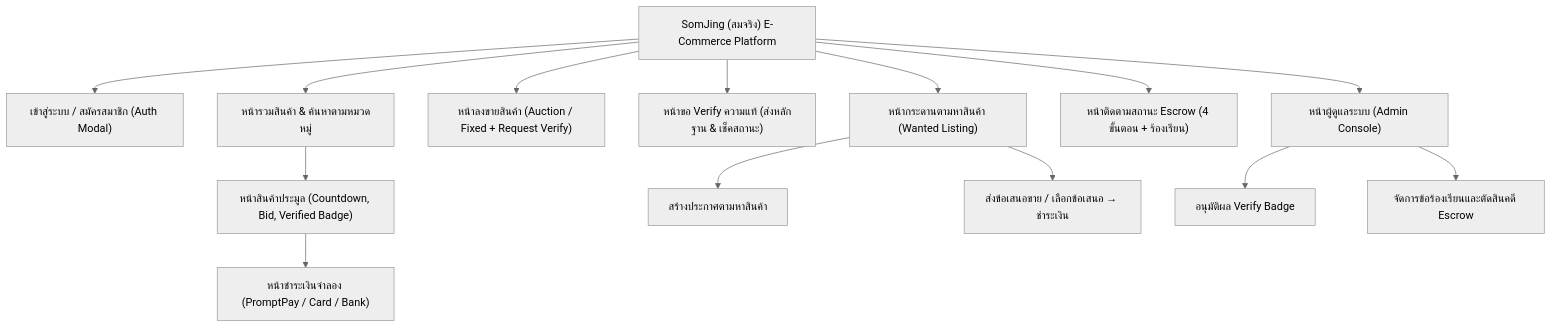
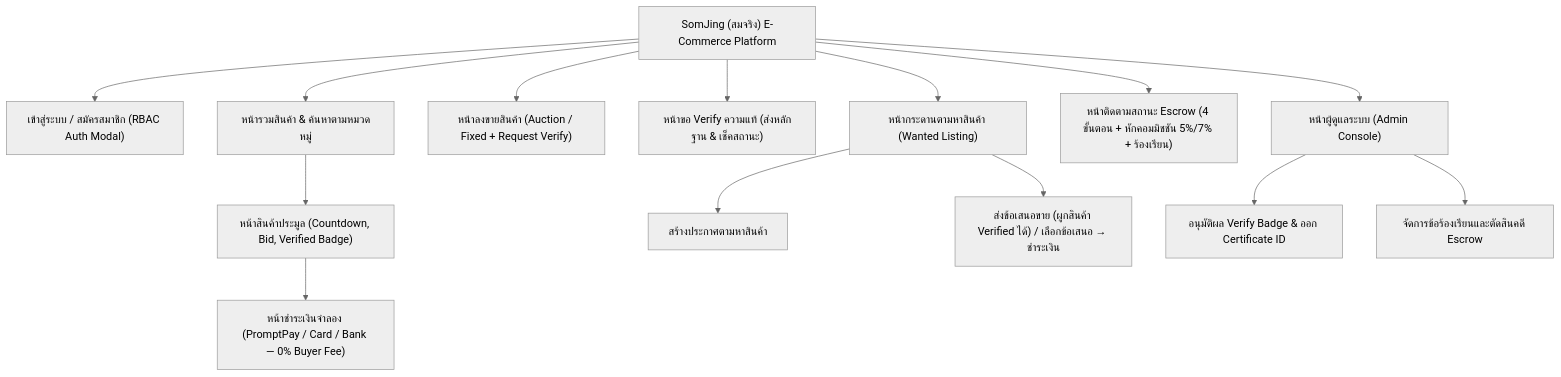
One commit to marchtanu/som-jing changed the first of 3 diagrams in CHAPTER_5_REPORT.md. Above: the diagram before and after it, drawn with Mermaid (neutral theme). The commit also changed other lines of this file and 16 other files, not shown here.

````diff
--- a/CHAPTER_5_REPORT.md
+++ b/CHAPTER_5_REPORT.md
@@ -28,17 +30,17 @@
 ```mermaid
 flowchart TD
     Root["SomJing (สมจริง) E-Commerce Platform"]
-    Root --> Auth["เข้าสู่ระบบ / สมัครสมาชิก (Auth Modal)"]
+    Root --> Auth["เข้าสู่ระบบ / สมัครสมาชิก (RBAC Auth Modal)"]
     Root --> Catalog["หน้ารวมสินค้า & ค้นหาตามหมวดหมู่"]
     Catalog --> AuctionDetail["หน้าสินค้าประมูล (Countdown, Bid, Verified Badge)"]
-    AuctionDetail --> SimPay["หน้าชำระเงินจำลอง (PromptPay / Card / Bank)"]
+    AuctionDetail --> SimPay["หน้าชำระเงินจำลอง (PromptPay / Card / Bank — 0% Buyer Fee)"]
     Root --> Sell["หน้าลงขายสินค้า (Auction / Fixed + Request Verify)"]
     Root --> Verify["หน้าขอ Verify ความแท้ (ส่งหลักฐาน & เช็คสถานะ)"]
     Root --> Wanted["หน้ากระดานตามหาสินค้า (Wanted Listing)"]
     Wanted --> WantedCreate["สร้างประกาศตามหาสินค้า"]
-    Wanted --> WantedOffer["ส่งข้อเสนอขาย / เลือกข้อเสนอ → ชำระเงิน"]
-    Root --> Escrow["หน้าติดตามสถานะ Escrow (4 ขั้นตอน + ร้องเรียน)"]
+    Wanted --> WantedOffer["ส่งข้อเสนอขาย (ผูกสินค้า Verified ได้) / เลือกข้อเสนอ → ชำระเงิน"]
+    Root --> Escrow["หน้าติดตามสถานะ Escrow (4 ขั้นตอน + หักคอมมิชชัน 5%/7% + ร้องเรียน)"]
     Root --> Admin["หน้าผู้ดูแลระบบ (Admin Console)"]
-    Admin --> AdminVerify["อนุมัติผล Verify Badge"]
+    Admin --> AdminVerify["อนุมัติผล Verify Badge & ออก Certificate ID"]
     Admin --> AdminDispute["จัดการข้อร้องเรียนและตัดสินคดี Escrow"]
 ```
````
